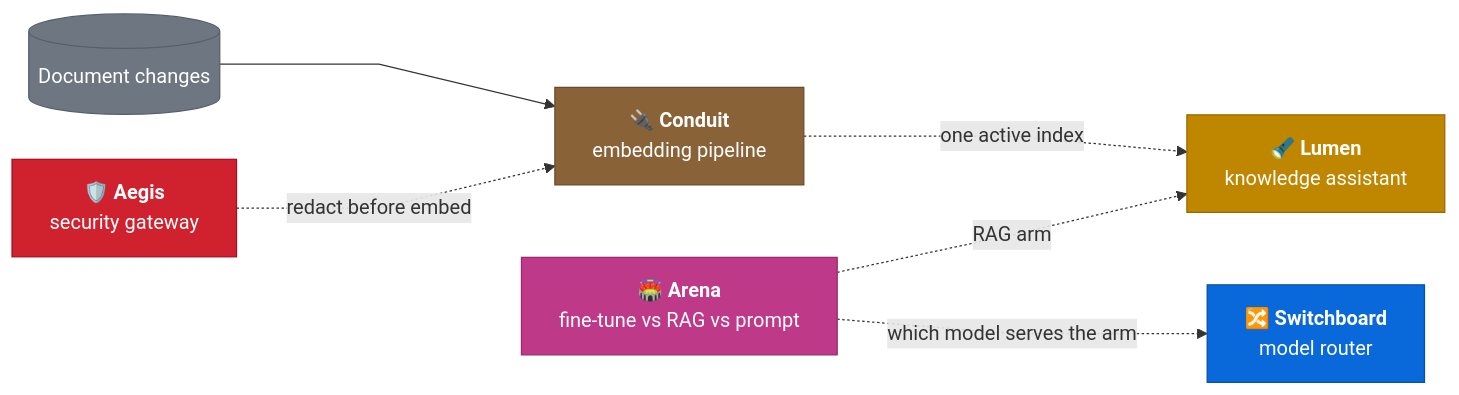
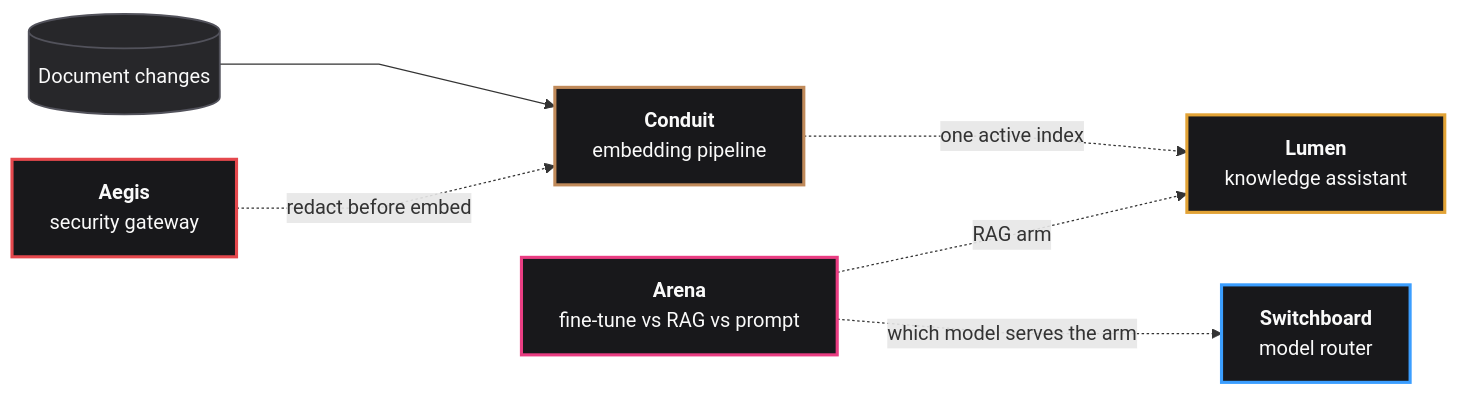
The second of 3 diagrams in README.md (kumarlakshya24/enterprise-ai-platform), drawn with Mermaid before and after one commit. The commit also changed other lines of this file and 2 other files, not shown here.

First line of the commit message:
Give the root README a dark and light banner and calmer diagrams

````diff
--- a/README.md
+++ b/README.md
@@ -102,34 +96,34 @@
 ```mermaid
 %%{init: {"flowchart": {"curve": "linear", "nodeSpacing": 36, "rankSpacing": 80}}}%%
 flowchart LR
   DOCS[("Document changes")]
-  AEG["🛡️ <b>Aegis</b><br/>security gateway"]
-  CON["🔌 <b>Conduit</b><br/>embedding pipeline"]
-  ARN["🏟️ <b>Arena</b><br/>fine-tune vs RAG vs prompt"]
-  LUM["🔦 <b>Lumen</b><br/>knowledge assistant"]
-  SW["🔀 <b>Switchboard</b><br/>model router"]
+  AEG["<b>Aegis</b><br/>security gateway"]
+  CON["<b>Conduit</b><br/>embedding pipeline"]
+  ARN["<b>Arena</b><br/>fine-tune vs RAG vs prompt"]
+  LUM["<b>Lumen</b><br/>knowledge assistant"]
+  SW["<b>Switchboard</b><br/>model router"]
 
   DOCS --> CON
   AEG -. "redact before embed" .-> CON
   CON -. "one active index" .-> LUM
   ARN -. "RAG arm" .-> LUM
   ARN -. "which model serves the arm" .-> SW
 
-  classDef aegis fill:#cf222e,stroke:#a40e26,color:#fff
-  classDef switchboard fill:#0969da,stroke:#0550ae,color:#fff
-  classDef lumen fill:#bf8700,stroke:#9a6700,color:#fff
-  classDef atlas fill:#1a7f37,stroke:#116329,color:#fff
-  classDef forge fill:#bc4c00,stroke:#953800,color:#fff
-  classDef lens fill:#8250df,stroke:#6639ba,color:#fff
-  classDef charter fill:#1b7c83,stroke:#136061,color:#fff
-  classDef arena fill:#bf3989,stroke:#99286e,color:#fff
-  classDef skyline fill:#57606a,stroke:#424a53,color:#fff
-  classDef conduit fill:#8a6238,stroke:#6b4a28,color:#fff
-  classDef neutral fill:#6e7781,stroke:#57606a,color:#fff
+  classDef aegis fill:#18181b,stroke:#e5484d,stroke-width:2.5px,color:#fafafa
+  classDef switchboard fill:#18181b,stroke:#3b9eff,stroke-width:2.5px,color:#fafafa
+  classDef lumen fill:#18181b,stroke:#e2a336,stroke-width:2.5px,color:#fafafa
+  classDef atlas fill:#18181b,stroke:#30a46c,stroke-width:2.5px,color:#fafafa
+  classDef forge fill:#18181b,stroke:#f76b15,stroke-width:2.5px,color:#fafafa
+  classDef lens fill:#18181b,stroke:#9e8cfc,stroke-width:2.5px,color:#fafafa
+  classDef charter fill:#18181b,stroke:#12a594,stroke-width:2.5px,color:#fafafa
+  classDef arena fill:#18181b,stroke:#e93d82,stroke-width:2.5px,color:#fafafa
+  classDef skyline fill:#18181b,stroke:#8b98a9,stroke-width:2.5px,color:#fafafa
+  classDef conduit fill:#18181b,stroke:#c08a5a,stroke-width:2.5px,color:#fafafa
+  classDef neutral fill:#27272a,stroke:#52525b,stroke-width:1.5px,color:#fafafa
   class DOCS neutral
   class AEG aegis
   class CON conduit
   class ARN arena
   class LUM lumen
   class SW switchboard
 ```
````
